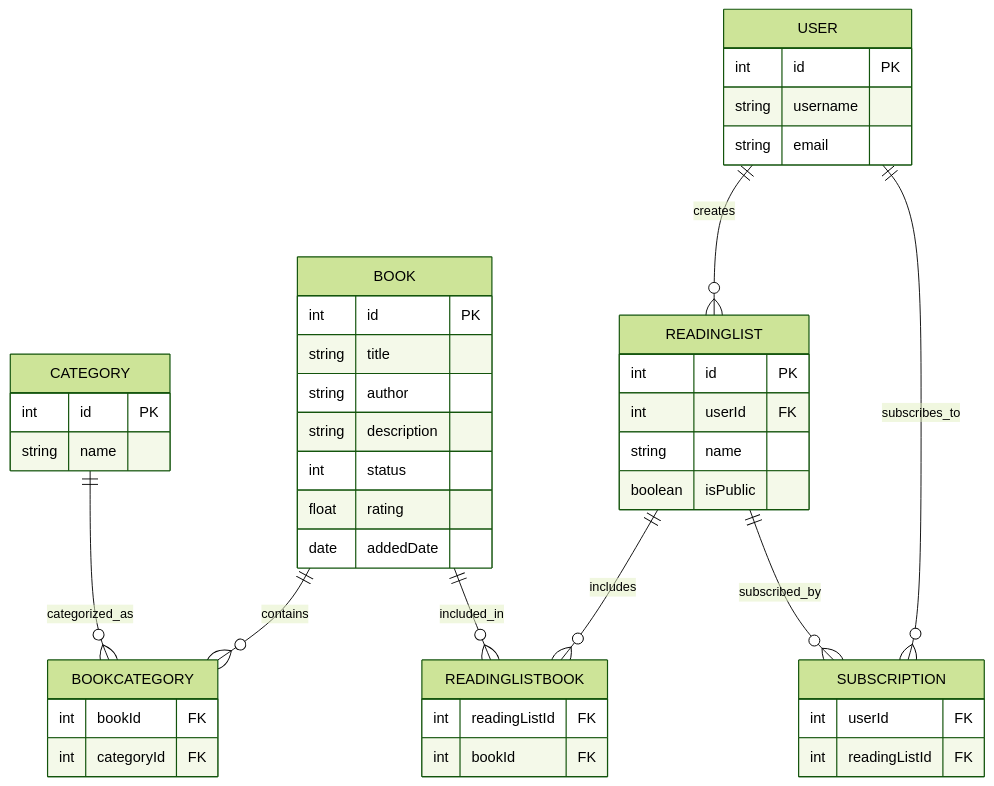
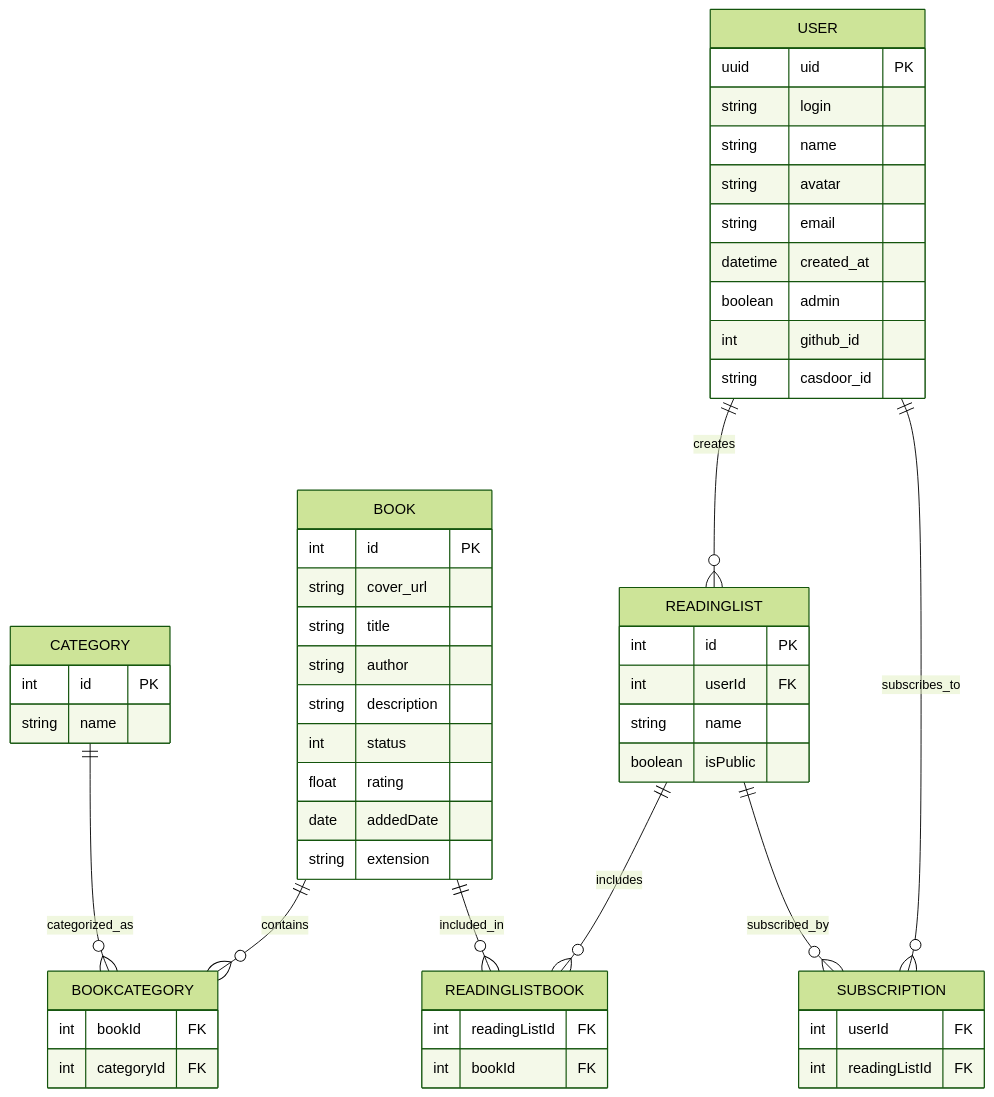
One commit to val213/val213.github.io changed the diagram in source/_posts/开发/数据库表设计.md. Above: the diagram before and after it, drawn with Mermaid (forest theme). The commit also changed other lines of this file and 2 other files, not shown here.

````diff
--- a/source/_posts/开发/数据库表设计.md
+++ b/source/_posts/开发/数据库表设计.md
@@ -9,53 +10,61 @@
 ```mermaid
 erDiagram
     BOOK {
         int id PK
+        string cover_url
         string title
         string author
         string description
         int status
         float rating
         date addedDate
+        string extension
     }
     
     CATEGORY {
         int id PK
         string name
     }
     
     BOOKCATEGORY {
         int bookId FK
         int categoryId FK
     }
     
     USER {
-        int id PK
-        string username
+        uuid uid PK
+        string login
+        string name
+        string avatar
         string email
+        datetime created_at
+        boolean admin
+        int github_id
+        string casdoor_id
     }
     
     READINGLIST {
         int id PK
         int userId FK
         string name
         boolean isPublic
     }
     
     READINGLISTBOOK {
         int readingListId FK
         int bookId FK
     }
     
     SUBSCRIPTION {
         int userId FK
         int readingListId FK
     }
     
     BOOK ||--o{ BOOKCATEGORY: contains
     CATEGORY ||--o{ BOOKCATEGORY: categorized_as
     USER ||--o{ READINGLIST: creates
     READINGLIST ||--o{ READINGLISTBOOK: includes
     BOOK ||--o{ READINGLISTBOOK: included_in
     USER ||--o{ SUBSCRIPTION: subscribes_to
     READINGLIST ||--o{ SUBSCRIPTION: subscribed_by
 ```
````
